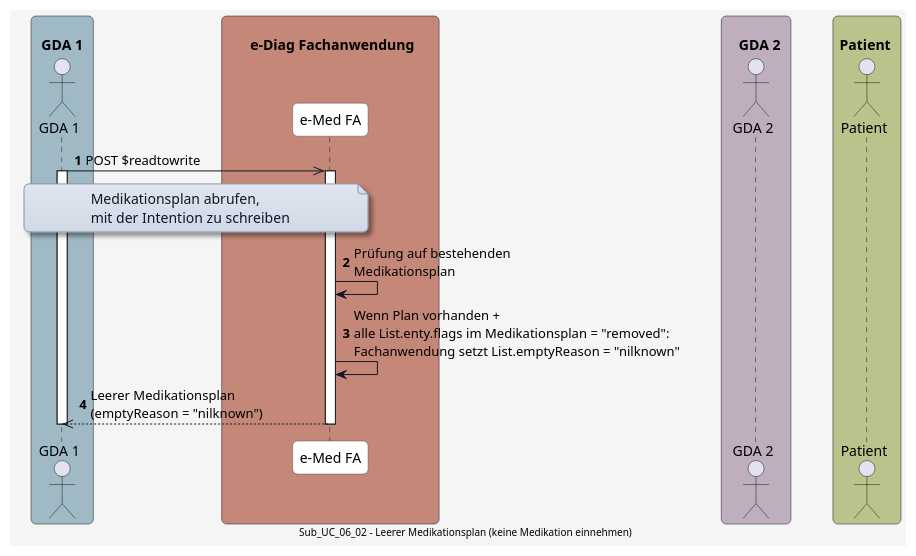
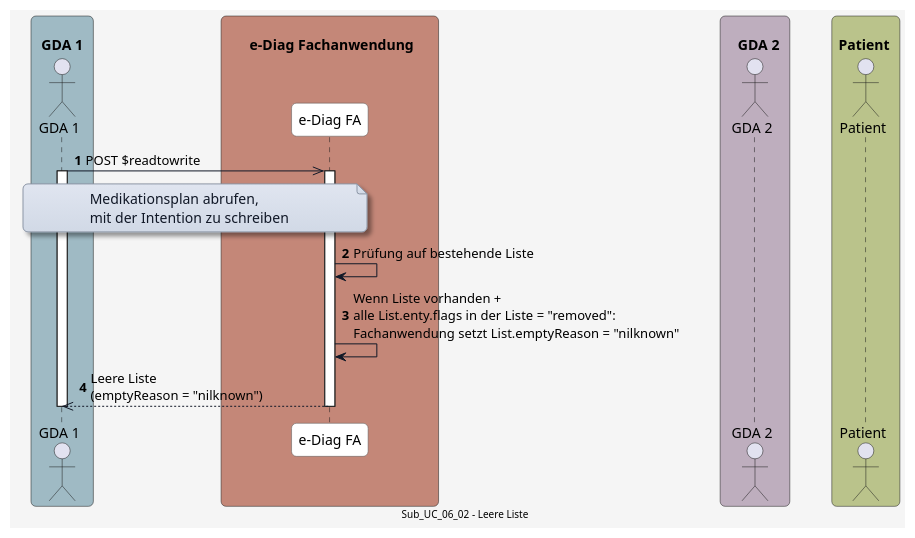
The diagram in plantuml/UC_06_02.plantuml (HL7Austria/ELGA-e-Diagnose-R4), drawn with PlantUML before and after one commit. The commit also changed 4 other files, not shown here.

```diff
--- a/plantuml/UC_06_02.plantuml
+++ b/plantuml/UC_06_02.plantuml
@@ -1,80 +1,80 @@
 @startuml
 skinparam borderColor #000000
 skinparam backgroundColor #f5f5f5
 skinparam shadowing false
 skinparam roundCorner 10
 skinparam defaultFontName "Arial"
 skinparam defaultFontSize 14
 skinparam defaultFontColor #000000
 
 skinparam note {
   BackgroundColor #e0e5f0-#d1d9e6
   BorderColor #8b95a5
   BorderThickness 1
   RoundCorner 8
   Padding 6
   FontColor #111827
   Shadowing true
 }
 
 skinparam HyperlinkColor #0000EE
 skinparam HyperlinkUnderline false
 
 skinparam sequence {
   ParticipantBorderColor #555555
   ParticipantBackgroundColor #ffffff
   ParticipantFontColor #000000
   ParticipantFontSize 14
   ParticipantPadding 20
   ArrowColor #111827
   ArrowThickness 1
   ArrowFontColor #000000
   ArrowFontSize 13
   GroupBorderColor #111827
   GroupBackgroundColor #eef2ff
   GroupBorderThickness 2
 }
 
 skinparam BoxPadding 20
 skinparam BoxBorderColor #555555
 
 box "\n  GDA 1  " #9fbac4
   actor GDA_1 as "GDA 1"
 end box
 
 box "\n       e-Diag Fachanwendung      " #C48778
-  participant eDiag_FA as "e-Med FA"
+  participant eDiag_FA as "e-Diag FA"
 end box
 
 box "\n    GDA 2  " #beaebe
   actor GDA_2 as "GDA 2"
 end box
 
 box "\n Patient  " #bac38b
   actor Patient as "Patient"
 end box
 
 
 autonumber
 
 GDA_1 ->> eDiag_FA: POST $readtowrite
 activate GDA_1
 
 note over GDA_1, eDiag_FA
 Medikationsplan abrufen,
 mit der Intention zu schreiben
 end note
 
 activate eDiag_FA
-eDiag_FA -> eDiag_FA: Prüfung auf bestehenden\nMedikationsplan
+eDiag_FA -> eDiag_FA: Prüfung auf bestehende Liste
 
-eDiag_FA -> eDiag_FA: Wenn Plan vorhanden +\nalle List.enty.flags im Medikationsplan = "removed":\nFachanwendung setzt List.emptyReason = "nilknown"
+eDiag_FA -> eDiag_FA: Wenn Liste vorhanden +\nalle List.enty.flags in der Liste = "removed":\nFachanwendung setzt List.emptyReason = "nilknown"
 
-eDiag_FA -->> GDA_1: Leerer Medikationsplan\n(emptyReason = "nilknown")
+eDiag_FA -->> GDA_1: Leere Liste\n(emptyReason = "nilknown")
 
 deactivate eDiag_FA
 deactivate GDA_1
 
-center footer Sub_UC_06_02 - Leerer Medikationsplan (keine Medikation einnehmen)
+center footer Sub_UC_06_02 - Leere Liste
 
 @enduml
```
